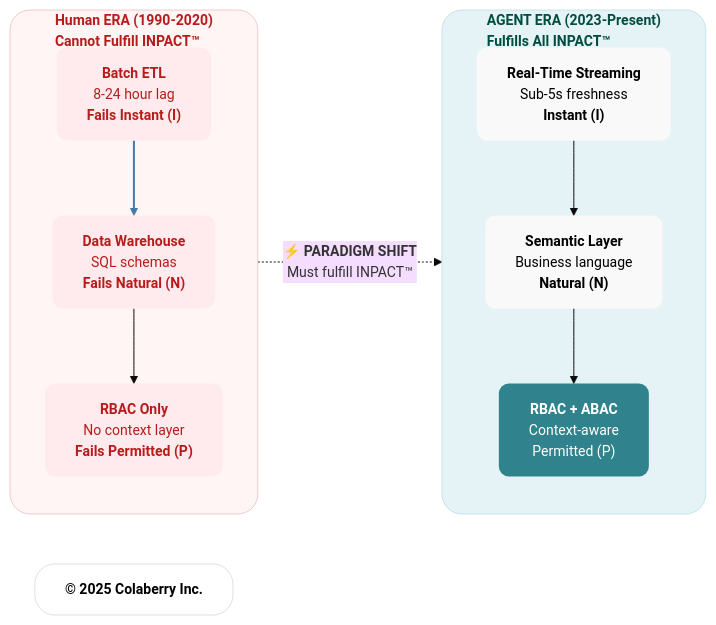
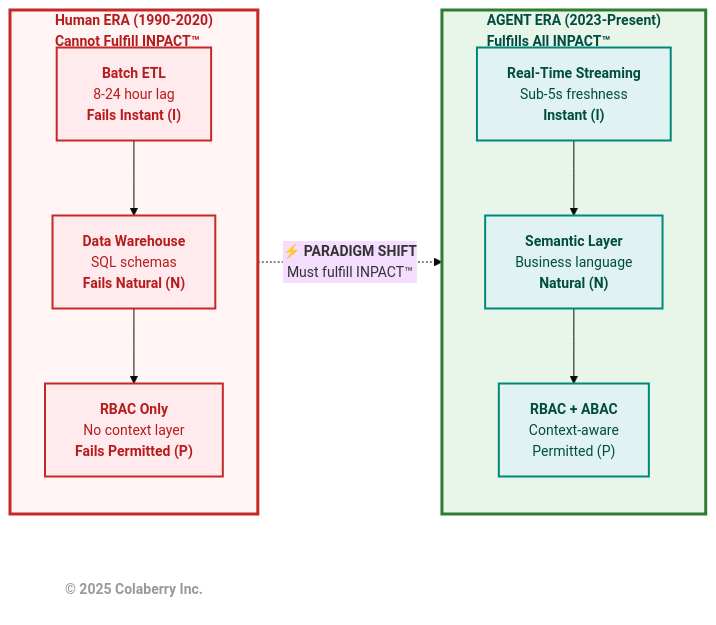
One commit to saitejesh-cyber/trust-before-intelligence-book changed the fifth of 6 diagrams in manuscript/02_chapter_1_why_agents_fail.md. Above: the diagram before and after it, drawn with Mermaid. The commit also changed other lines of this file and 12 other files, not shown here.

Commit message:
Restore legacy Mermaid styles for Option 1

````diff
--- a/manuscript/02_chapter_1_why_agents_fail.md
+++ b/manuscript/02_chapter_1_why_agents_fail.md
@@ -560,41 +558,43 @@
 ```mermaid
 %%{init: {'theme':'base', 'themeVariables': {'fontSize':'14px'}}}%%
 
 graph LR
     %% BI ERA (1990-2020) - Red Subgraph
     subgraph BI["<b>Human ERA (1990-2020) <br/> Cannot Fulfill INPACT™</b><br/>"]
         direction TB
         ETL["<b>Batch ETL</b><br/>8-24 hour lag<br/><b> Fails Instant (I)</b>"]
         DW["<b>Data Warehouse</b><br/>SQL schemas<br/><b> Fails Natural (N)</b>"]
         RBAC["<b>RBAC Only</b><br/>No context layer<br/><b> Fails Permitted (P)</b>"]
         
         ETL --> DW --> RBAC
     end
     
     %% PARADIGM SHIFT - Bold Arrow
     BI -.->|"<b>⚡ PARADIGM SHIFT</b><br/>Must fulfill INPACT™"| AGENT
     
     %% AGENT ERA (2023-) - Green Subgraph
     subgraph AGENT["<b>AGENT ERA (2023-Present) <br/> Fulfills All INPACT™</b><br/>"]
         direction TB
         STREAM["<b>Real-Time Streaming</b><br/>Sub-5s freshness<br/><b> Instant (I)</b>"]
         SEMANTIC["<b>Semantic Layer</b><br/>Business language<br/><b> Natural (N)</b>"]
         ABAC["<b>RBAC + ABAC</b><br/>Context-aware<br/> Permitted (P)"]
         
         STREAM --> SEMANTIC --> ABAC
     end
     
-    %% HUMAN ERA — FAILURE / BI-ERA
-    style BI fill:#fff5f5,stroke:#f2caca,stroke-width:1px,color:#b71c1c,rx:20,ry:20
-    style ETL fill:#ffebee,stroke:none,color:#b71c1c,rx:10,ry:10
-    style DW fill:#ffebee,stroke:none,color:#b71c1c,rx:10,ry:10
-    style RBAC fill:#ffebee,stroke:none,color:#b71c1c,rx:10,ry:10
-    linkStyle 0 stroke:#4478A6,stroke-width:2px,color:#4478A6
-    %% AGENT ERA — TRUSTED / INPACT™-FULFILLED
-    style AGENT fill:#e6f3f6,stroke:#c7e3ea,stroke-width:1px,color:#004d40,rx:20,ry:20
-    style STREAM fill:#f9f9f9,stroke:none,color:#000000,rx:10,ry:10
-    style SEMANTIC fill:#f9f9f9,stroke:none,color:#000000,rx:10,ry:10
-    style ABAC fill:#30838C,stroke:none,color:#ffffff,rx:10,ry:10
+    %% Styling - CORRECTED COLORS FROM APPROVED PALETTE
+    style BI fill:#fff5f5,stroke:#c62828,stroke-width:3px,color:#b71c1c
+    style AGENT fill:#e8f5e9,stroke:#2e7d32,stroke-width:3px,color:#004d40
+    
+    style ETL fill:#ffebee,stroke:#c62828,stroke-width:2px,color:#b71c1c
+    style DW fill:#ffebee,stroke:#c62828,stroke-width:2px,color:#b71c1c
+    style RBAC fill:#ffebee,stroke:#c62828,stroke-width:2px,color:#b71c1c
+    
+    style STREAM fill:#e0f2f1,stroke:#00897b,stroke-width:2px,color:#004d40
+    style SEMANTIC fill:#e0f2f1,stroke:#00897b,stroke-width:2px,color:#004d40
+    style ABAC fill:#e0f2f1,stroke:#00897b,stroke-width:2px,color:#004d40
+    
+    %% Copyright (MANDATORY)
     CR["<b>© 2025 Colaberry Inc.</b>"]
-    style CR fill:#ffffff,stroke:#e0e0e0,stroke-width:1px,color:#000000,rx:20,ry:20
+    style CR fill:none,stroke:none,color:#999999
 ```
````
